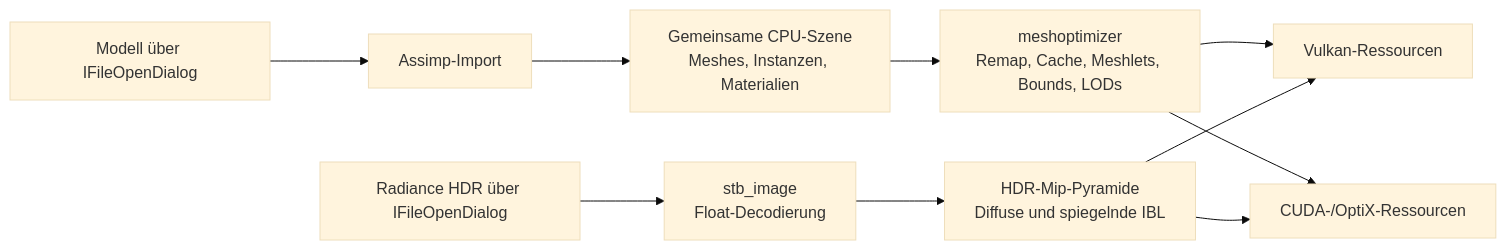
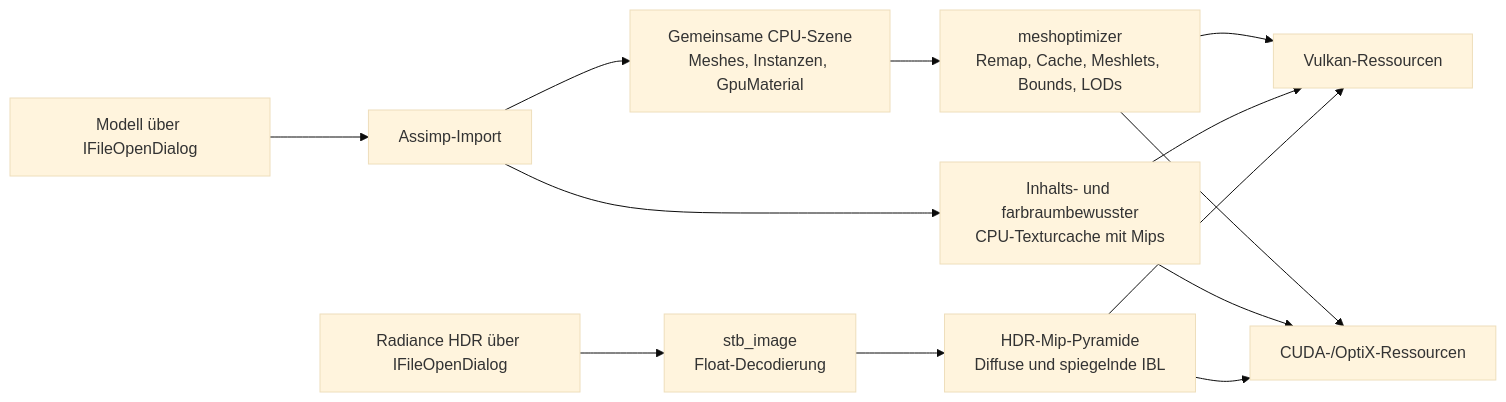
One commit to F2TekIndie/VORaytracer changed the first of 4 diagrams in RENDERPFADE.md. Above: the diagram before and after it, drawn with Mermaid (base theme). The commit also changed other lines of this file and 34 other files, not shown here.

````diff
--- a/RENDERPFADE.md
+++ b/RENDERPFADE.md
@@ -7,12 +7,15 @@
 ```mermaid
 flowchart LR
     Model["Modell über IFileOpenDialog"] --> Assimp["Assimp-Import"]
-    Assimp --> Scene["Gemeinsame CPU-Szene<br/>Meshes, Instanzen, Materialien"]
+    Assimp --> Scene["Gemeinsame CPU-Szene<br/>Meshes, Instanzen, GpuMaterial"]
+    Assimp --> Textures["Inhalts- und farbraumbewusster<br/>CPU-Texturcache mit Mips"]
     Scene --> Meshopt["meshoptimizer<br/>Remap, Cache, Meshlets, Bounds, LODs"]
     HDR["Radiance HDR über IFileOpenDialog"] --> STB["stb_image<br/>Float-Decodierung"]
     STB --> Mips["HDR-Mip-Pyramide<br/>Diffuse und spiegelnde IBL"]
     Meshopt --> VulkanData["Vulkan-Ressourcen"]
     Meshopt --> OptixData["CUDA-/OptiX-Ressourcen"]
+    Textures --> VulkanData
+    Textures --> OptixData
     Mips --> VulkanData
     Mips --> OptixData
 ```
````
